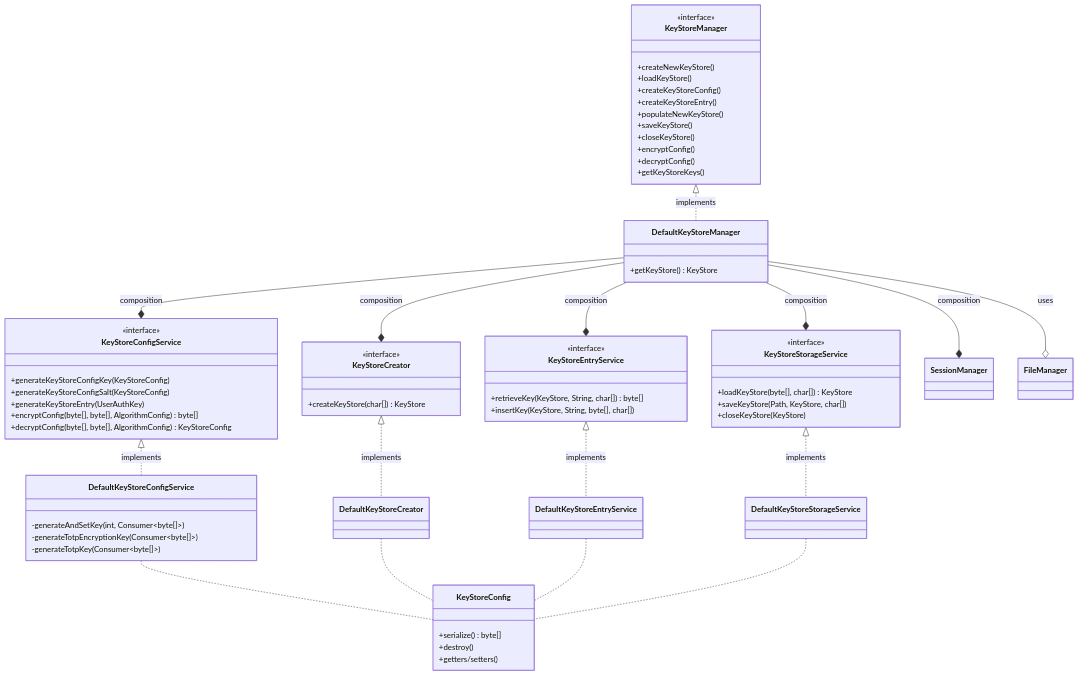
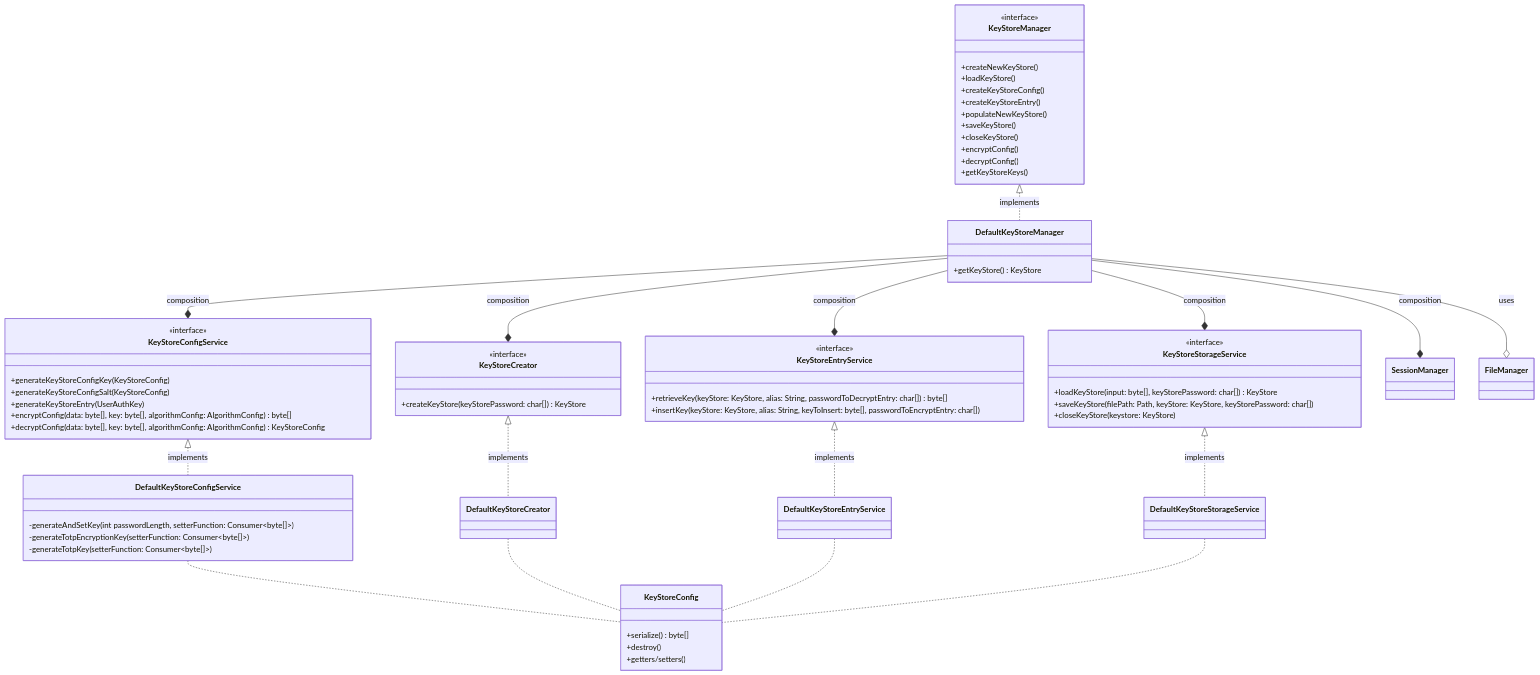
The tenth of 10 diagrams in Report.md (ZY-UNIVERSITA/Progetto-OOP), drawn with Mermaid before and after one commit. The commit also changed other lines of this file and 1 other file, not shown here.

Commit message:
Add service config report part

```diff
--- a/Report.md
+++ b/Report.md
@@ -657,19 +657,19 @@
         +generateKeyStoreConfigKey(KeyStoreConfig)
         +generateKeyStoreConfigSalt(KeyStoreConfig)
         +generateKeyStoreEntry(UserAuthKey)
-        +encryptConfig(byte[], byte[], AlgorithmConfig) byte[]
-        +decryptConfig(byte[], byte[], AlgorithmConfig) KeyStoreConfig
+        +encryptConfig(data: byte[], key: byte[], algorithmConfig: AlgorithmConfig) byte[]
+        +decryptConfig(data: byte[], key: byte[], algorithmConfig: AlgorithmConfig) KeyStoreConfig
     }
 
     class DefaultKeyStoreConfigService {
-        -generateAndSetKey(int, Consumer~byte[]~)
-        -generateTotpEncryptionKey(Consumer~byte[]~)
-        -generateTotpKey(Consumer~byte[]~)
+        -generateAndSetKey(int passwordLength,  setterFunction: Consumer~byte[]~)
+        -generateTotpEncryptionKey(setterFunction: Consumer~byte[]~)
+        -generateTotpKey(setterFunction: Consumer~byte[]~)
     }
 
     class KeyStoreCreator {
         <<interface>>
-        +createKeyStore(char[]) KeyStore
+        +createKeyStore(keyStorePassword: char[]) KeyStore
     }
 
     class DefaultKeyStoreCreator {
@@ -677,8 +677,8 @@
 
     class KeyStoreEntryService {
         <<interface>>
-        +retrieveKey(KeyStore, String, char[]) byte[]
-        +insertKey(KeyStore, String, byte[], char[])
+        +retrieveKey(keyStore: KeyStore, alias: String, passwordToDecryptEntry: char[]) byte[]
+        +insertKey(keyStore: KeyStore, alias: String, keyToInsert: byte[], passwordToEncryptEntry: char[])
     }
 
     class DefaultKeyStoreEntryService {
@@ -686,9 +686,9 @@
 
     class KeyStoreStorageService {
         <<interface>>
-        +loadKeyStore(byte[], char[]) KeyStore
-        +saveKeyStore(Path, KeyStore, char[])
-        +closeKeyStore(KeyStore)
+        +loadKeyStore(input: byte[], keyStorePassword: char[]) KeyStore
+        +saveKeyStore(filePath: Path, keyStore: KeyStore, keyStorePassword: char[])
+        +closeKeyStore(keystore: KeyStore)
     }
 
     class DefaultKeyStoreStorageService {
```
